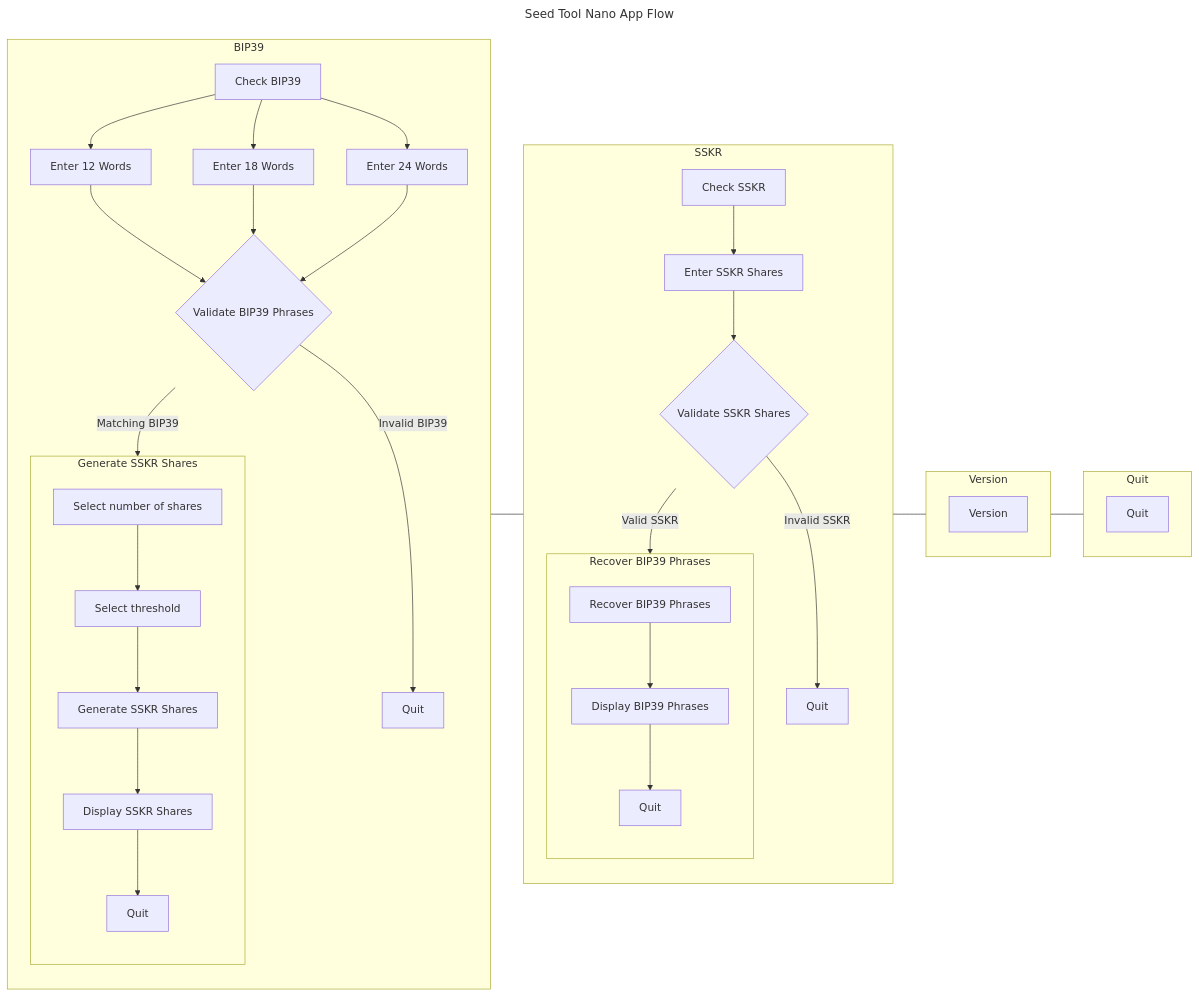
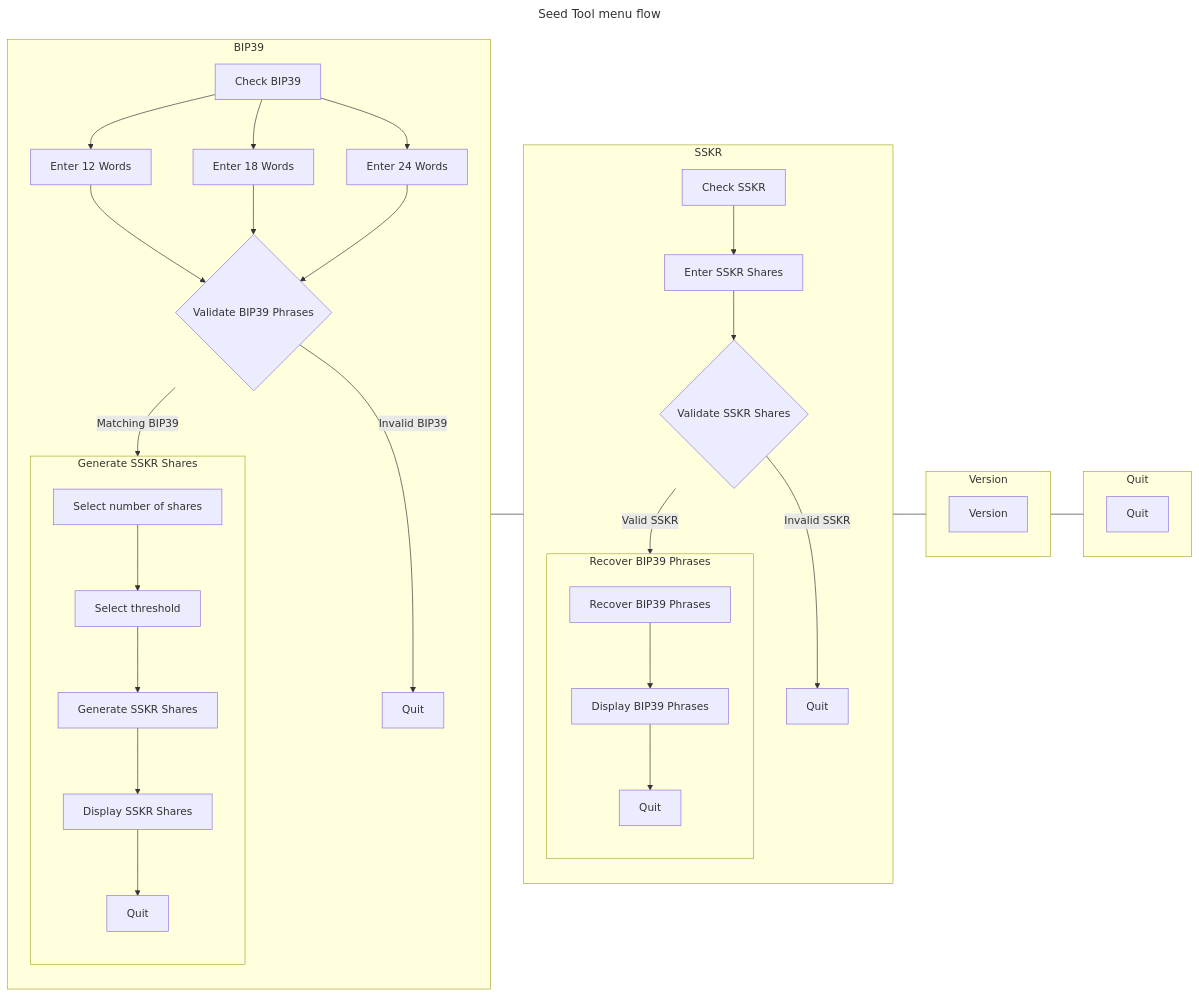
Before and after one commit to amanone/app-seed-tool: the first of 3 diagrams in README.md, drawn with Mermaid. The commit also changed other lines of this file and 1 other file, not shown here.

````diff
--- a/README.md
+++ b/README.md
@@ -69,38 +36,38 @@
 ```mermaid
 ---
-title: Seed Tool Nano App Flow
+title: Seed Tool menu flow
 ---
 flowchart LR
     1 --- 2 --- 3 --- 4
     subgraph 1[BIP39]
         direction TB
         1.1[Check BIP39]
         1.1 --> 1.2.1[Enter 12 Words] --> 1.3{Validate BIP39 Phrases}
         1.1 --> 1.2.2[Enter 18 Words] --> 1.3
         1.1 --> 1.2.3[Enter 24 Words] --> 1.3
         1.3 --> |Matching BIP39| 1.4
         1.3 --> |Invalid BIP39| 1.3.1[Quit]
         subgraph 1.4[Generate SSKR Shares]
             direction TB
             1.4.1[Select number of shares] --> 1.4.2[Select threshold] --> 1.4.3[Generate SSKR Shares] --> 1.4.4[Display SSKR Shares] --> 1.4.5[Quit]
         end
     end
     subgraph 2[SSKR]
         direction TB
         2.1[Check SSKR] --> 2.2[Enter SSKR Shares] --> 2.3{Validate SSKR Shares}
         2.3 --> |Valid SSKR| 2.4
         2.3 --> |Invalid SSKR| 2.3.1[Quit]
         subgraph 2.4[Recover BIP39 Phrases]
             direction TB
             2.4.1[Recover BIP39 Phrases] --> 2.4.2[Display BIP39 Phrases] --> 2.4.3[Quit]
         end
     end
     subgraph 3[Version]
         direction TB
         3.1[Version]
         end
     subgraph 4[Quit]
         direction TB
         4.1[Quit]
     end
 ```
````
